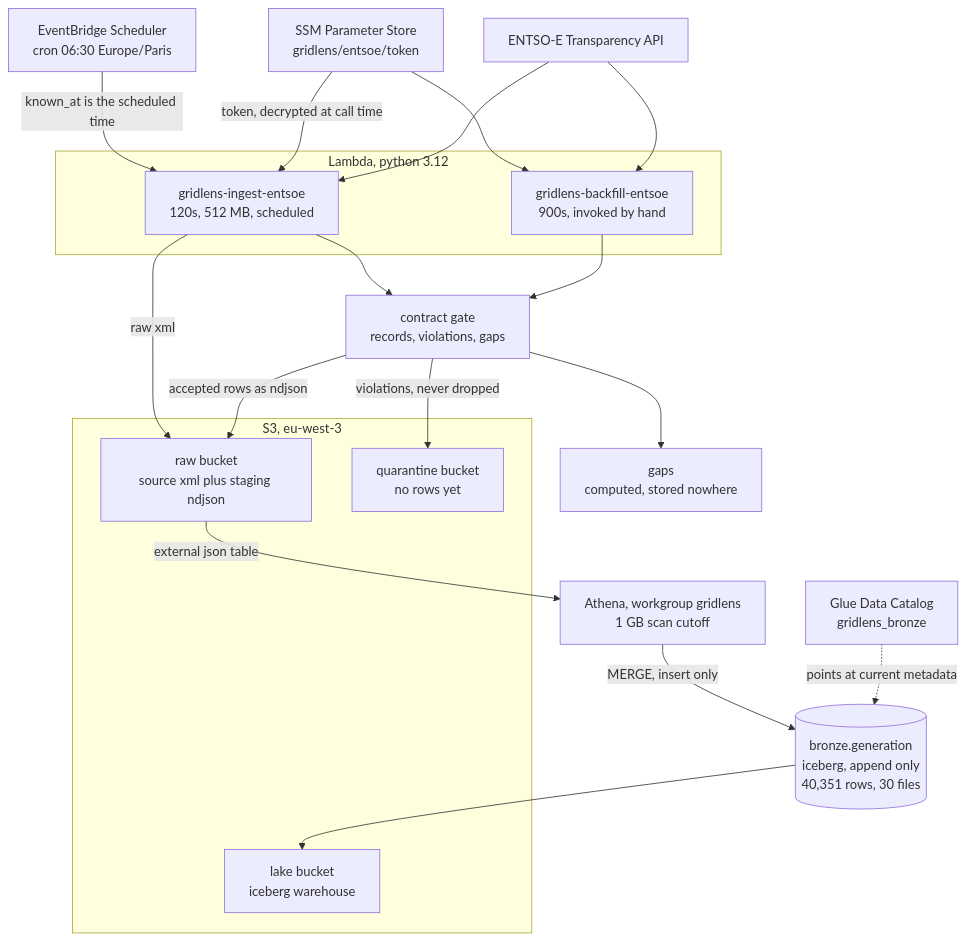
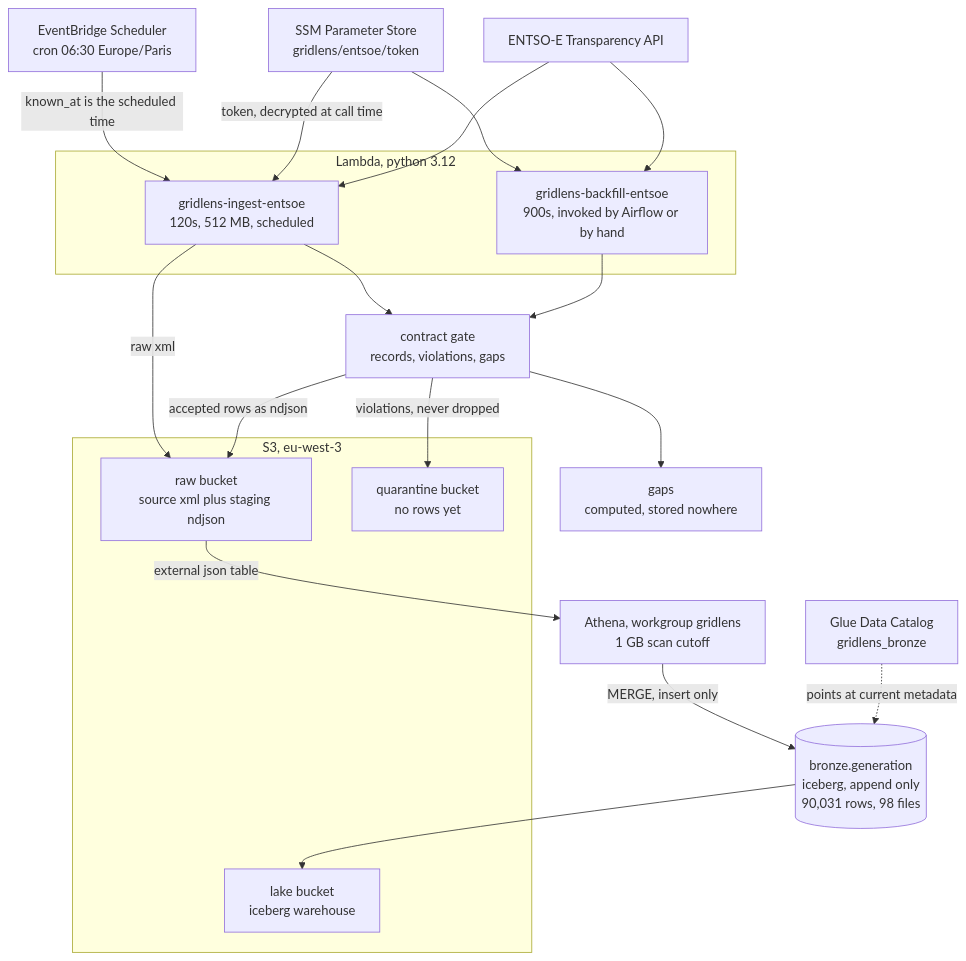
Before and after one commit to Prasanna38430/gridlens: the first of 3 diagrams in docs/architecture.md, drawn with Mermaid. The commit also changed other lines of this file and 4 other files, not shown here.

````diff
--- a/docs/architecture.md
+++ b/docs/architecture.md
@@ -10,40 +10,40 @@
 ```mermaid
 flowchart TD
     entsoe["ENTSO-E Transparency API"]
     ssm["SSM Parameter Store<br/>gridlens/entsoe/token"]
     sched["EventBridge Scheduler<br/>cron 06:30 Europe/Paris"]
 
     subgraph lambda["Lambda, python 3.12"]
         ingest["gridlens-ingest-entsoe<br/>120s, 512 MB, scheduled"]
-        backfill["gridlens-backfill-entsoe<br/>900s, invoked by hand"]
+        backfill["gridlens-backfill-entsoe<br/>900s, invoked by Airflow or by hand"]
     end
 
     gate["contract gate<br/>records, violations, gaps"]
     gaps["gaps<br/>computed, stored nowhere"]
 
     subgraph s3["S3, eu-west-3"]
         raw["raw bucket<br/>source xml plus staging ndjson"]
         quarantine["quarantine bucket<br/>no rows yet"]
         lake["lake bucket<br/>iceberg warehouse"]
     end
 
     athena["Athena, workgroup gridlens<br/>1 GB scan cutoff"]
     glue["Glue Data Catalog<br/>gridlens_bronze"]
-    bronze[("bronze.generation<br/>iceberg, append only<br/>40,351 rows, 30 files")]
+    bronze[("bronze.generation<br/>iceberg, append only<br/>90,031 rows, 98 files")]
 
     sched -->|"known_at is the scheduled time"| ingest
     ssm -->|"token, decrypted at call time"| ingest
     ssm --> backfill
     entsoe --> ingest
     entsoe --> backfill
     ingest -->|"raw xml"| raw
     ingest --> gate
     backfill --> gate
     gate -->|"violations, never dropped"| quarantine
     gate --> gaps
     gate -->|"accepted rows as ndjson"| raw
     raw -->|"external json table"| athena
     athena -->|"MERGE, insert only"| bronze
     bronze --> lake
     glue -.->|"points at current metadata"| bronze
 ```
````
